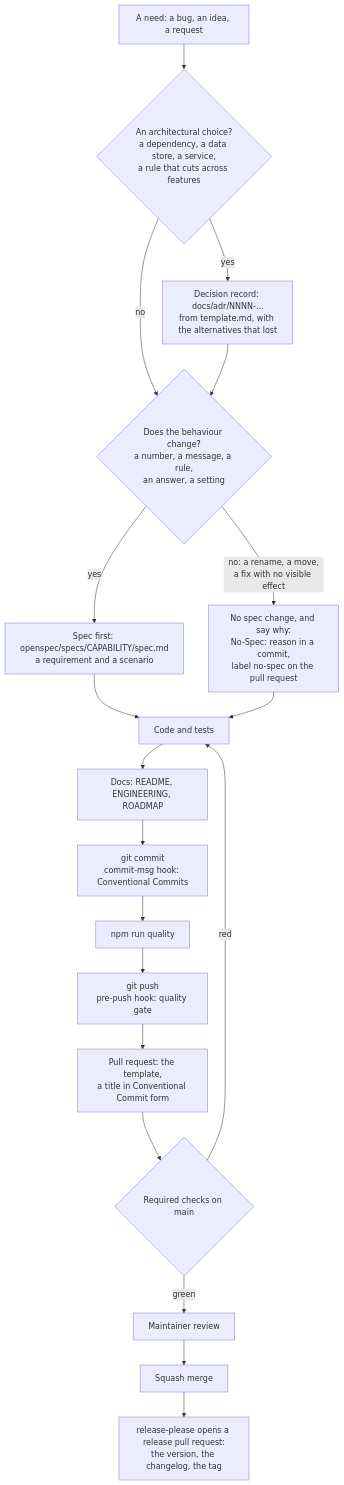
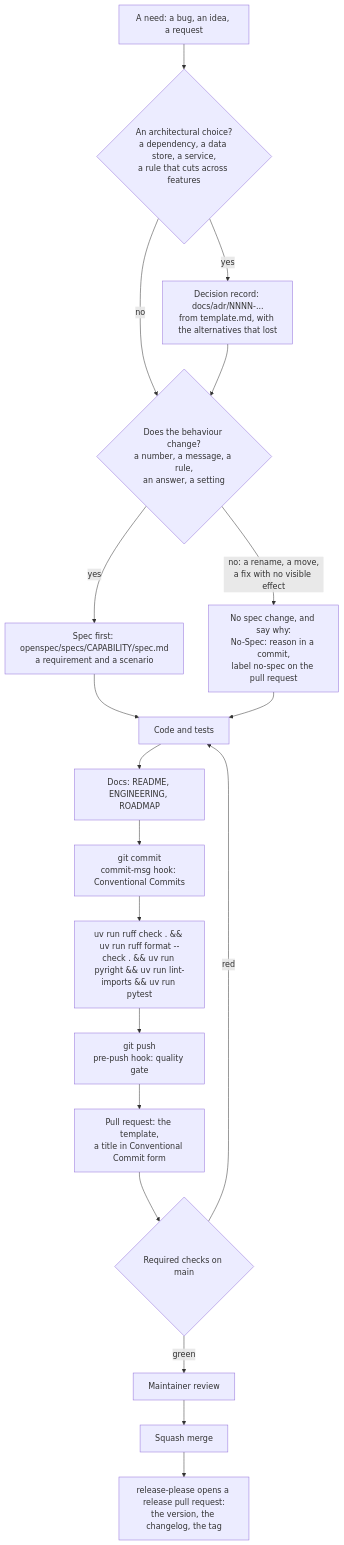
Before and after one commit to bhoudebert/shelf-sdlc-agents: the diagram in CONTRIBUTING.md, drawn with Mermaid. The commit also changed other lines of this file and 42 other files, not shown here.

````diff
--- a/CONTRIBUTING.md
+++ b/CONTRIBUTING.md
@@ -32,21 +32,21 @@
 ```mermaid
 flowchart TD
   need["A need: a bug, an idea, a request"] --> adr{"An architectural choice?<br/>a dependency, a data store, a service,<br/>a rule that cuts across features"}
   adr -- yes --> adrdoc["Decision record: docs/adr/NNNN-...<br/>from template.md, with the alternatives that lost"]
   adr -- no --> beh
   adrdoc --> beh{"Does the behaviour change?<br/>a number, a message, a rule,<br/>an answer, a setting"}
   beh -- yes --> spec["Spec first: openspec/specs/CAPABILITY/spec.md<br/>a requirement and a scenario"]
   beh -- "no: a rename, a move,<br/>a fix with no visible effect" --> nospec["No spec change, and say why:<br/>No-Spec: reason in a commit,<br/>label no-spec on the pull request"]
   spec --> code
   nospec --> code["Code and tests"]
   code --> docs["Docs: README, ENGINEERING, ROADMAP"]
   docs --> commit["git commit<br/>commit-msg hook: Conventional Commits"]
-  commit --> quality["npm run quality"]
+  commit --> quality["uv run ruff check . && uv run ruff format --check . && uv run pyright && uv run lint-imports && uv run pytest"]
   quality --> push["git push<br/>pre-push hook: quality gate"]
   push --> pr["Pull request: the template,<br/>a title in Conventional Commit form"]
   pr --> ci{"Required checks on main"}
   ci -- red --> code
   ci -- green --> review["Maintainer review"]
   review --> merge["Squash merge"]
   merge --> release["release-please opens a release pull request:<br/>the version, the changelog, the tag"]
 ```
````
